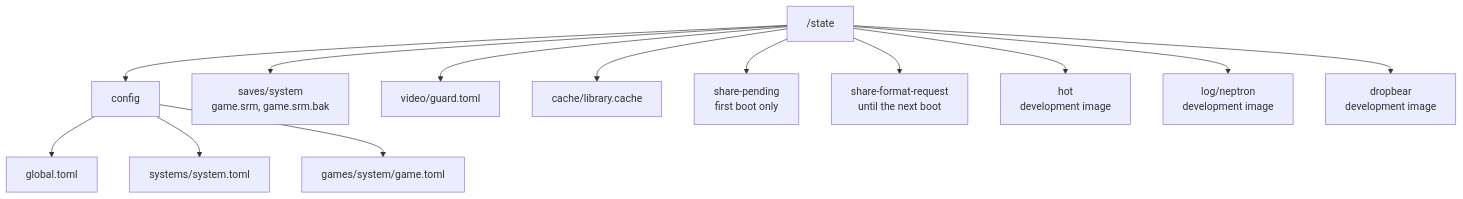
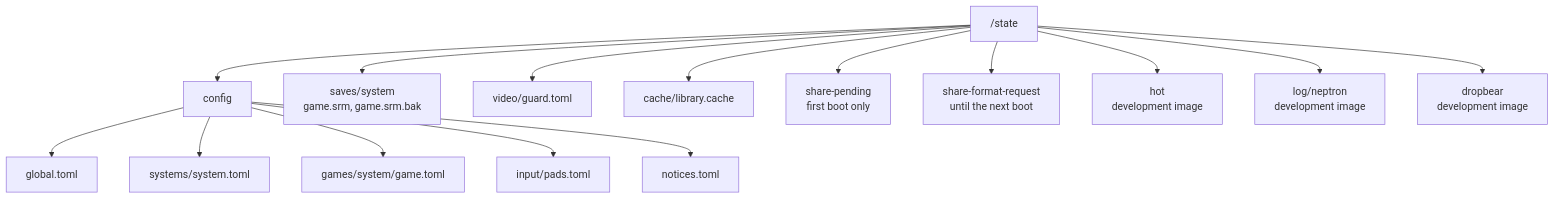
Before and after one commit to paologaleotti/neptron: the second of 4 diagrams in docs/flows/08-on-disk.md, drawn with Mermaid. The commit also changed other lines of this file and 2 other files, not shown here.

First line of the commit message:
docs(flows): list the current files, keys and ROM folders on disk, in power-on and on the bench

````diff
--- a/docs/flows/08-on-disk.md
+++ b/docs/flows/08-on-disk.md
@@ -20,15 +20,17 @@
 ```mermaid
 flowchart TD
     S["/state"] --> C["config"]
     C --> G["global.toml"]
     C --> SY["systems/system.toml"]
     C --> GA["games/system/game.toml"]
+    C --> IN["input/pads.toml"]
+    C --> NO["notices.toml"]
     S --> SV["saves/system<br/>game.srm, game.srm.bak"]
     S --> V["video/guard.toml"]
     S --> CA["cache/library.cache"]
     S --> SP["share-pending<br/>first boot only"]
     S --> FR["share-format-request<br/>until the next boot"]
     S --> H["hot<br/>development image"]
     S --> L["log/neptron<br/>development image"]
     S --> D["dropbear<br/>development image"]
 ```
````
